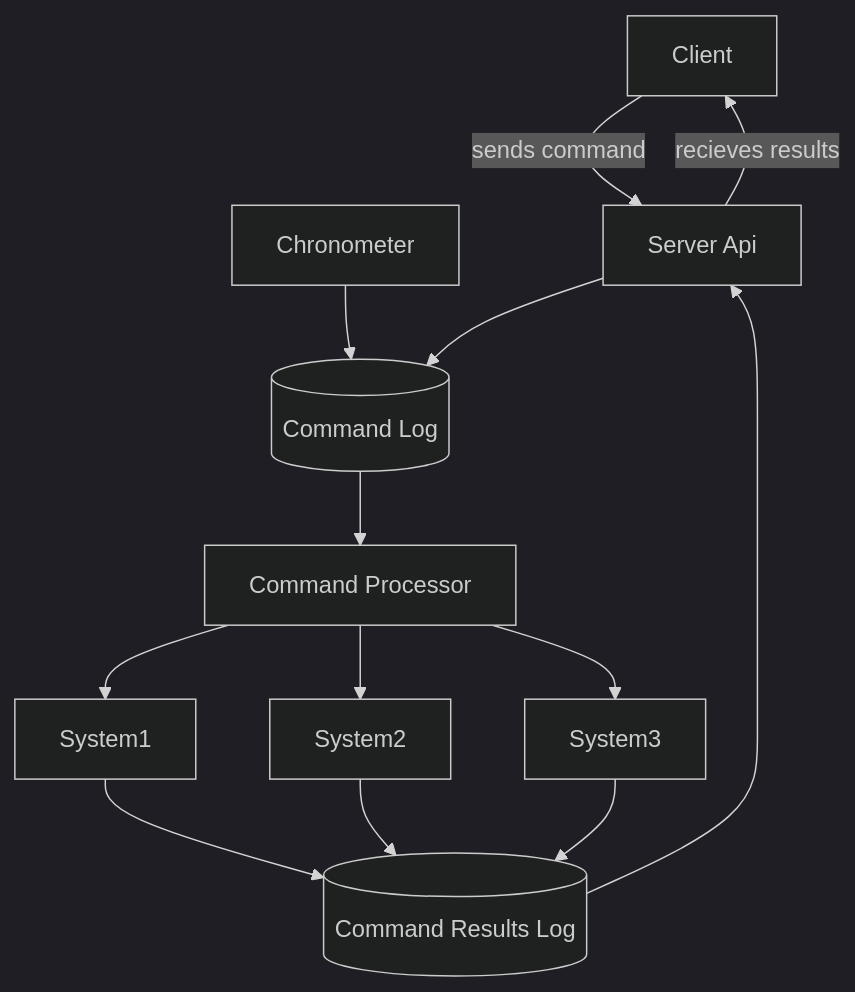
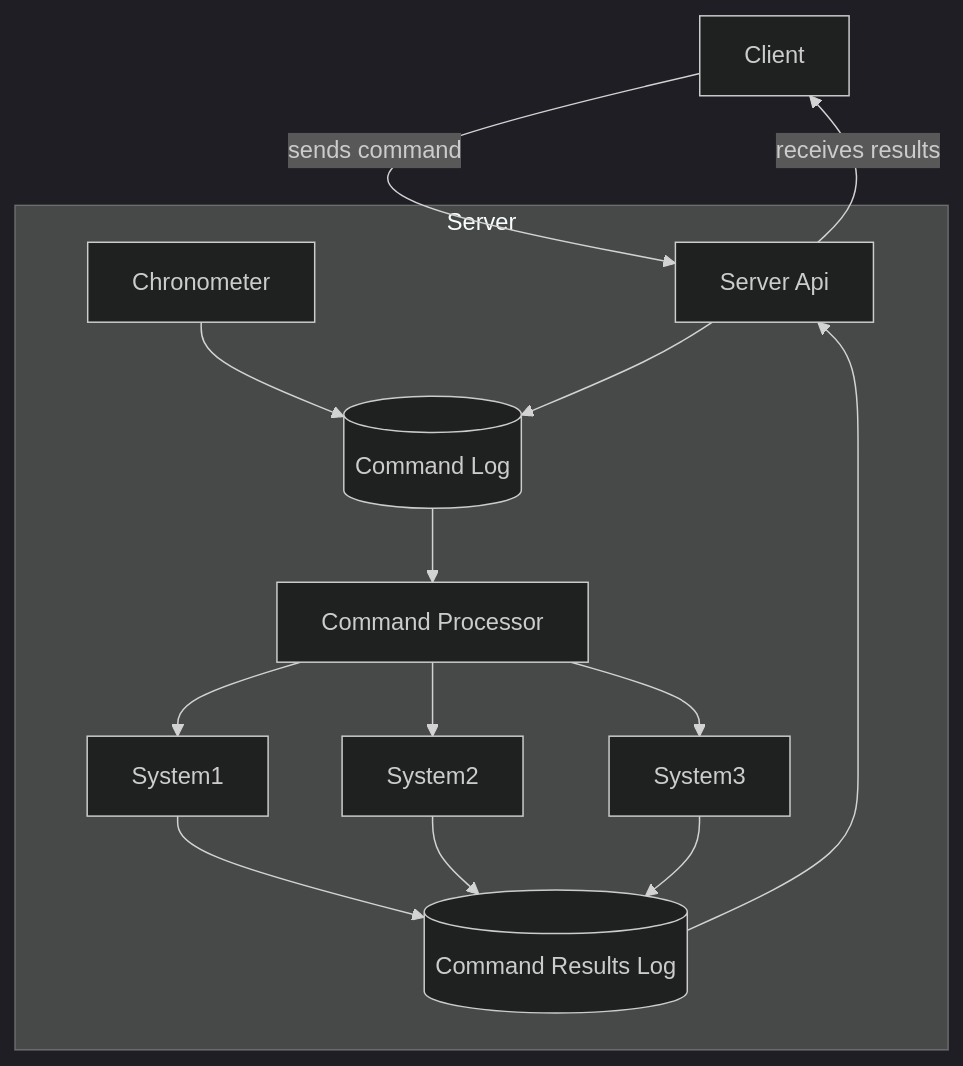
The diagram in docs/overview.md (openstardrive/server), drawn with Mermaid (dark theme) before and after one commit. The commit also changed other lines of this file, not shown here.

Commit message:
Misc improvements

````diff
--- a/docs/overview.md
+++ b/docs/overview.md
@@ -43,15 +43,17 @@
 ```mermaid
-flowchart TB
+flowchart
    Client --sends command--> api[Server Api]
-   Chronometer-->db1
-   api-->db1[(Command Log)]
-   db1-->processor[Command Processor]
-   processor-->System1
-   processor-->System2
-   processor-->System3
-   System1-->db2[(Command Results Log)]
-   System2-->db2
-   System3-->db2
-   db2-->api
-   api--recieves results-->Client
+   api--receives results-->Client
+   subgraph Server
+      Chronometer-->db1
+      api-->db1[(Command Log)]
+      db1-->processor[Command Processor]
+      processor-->System1
+      processor-->System2
+      processor-->System3
+      System1-->db2[(Command Results Log)]
+      System2-->db2
+      System3-->db2
+      db2-->api
+   end
 ```
````
